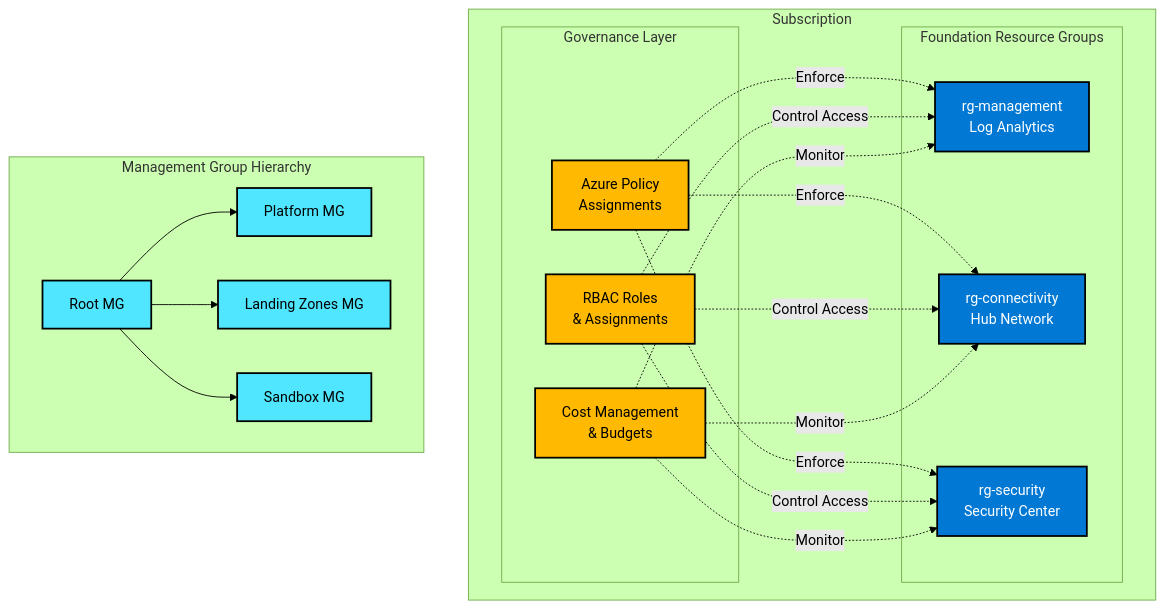
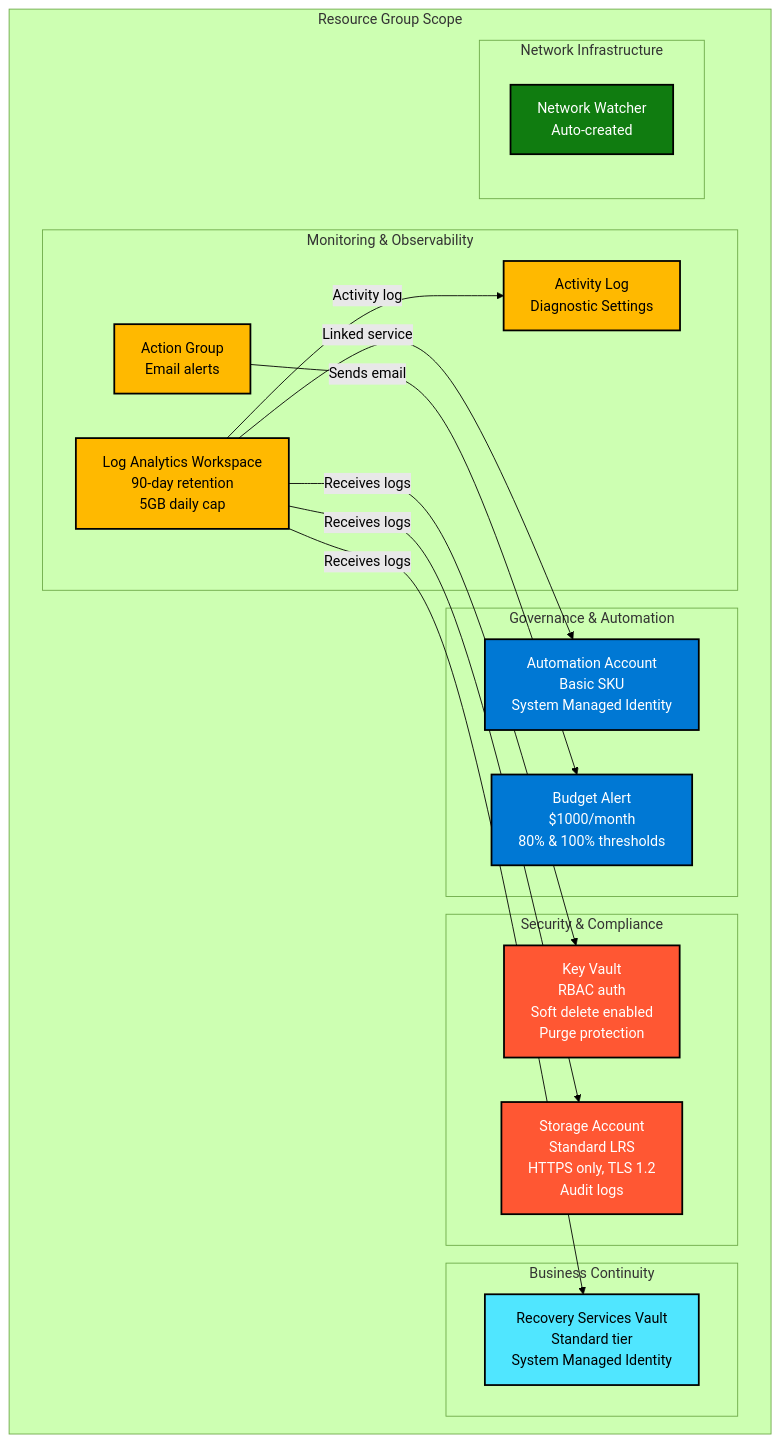
The diagram in patterns/landing-zone-foundation/architecture.mmd (chrisdoofer/Azure-Infra-Demos), drawn with Mermaid (forest theme) before and after one commit. The commit also changed 8 other files, not shown here.

First line of the commit message:
feat: Wave 2 — complete landing-zone-foundation pattern

```diff
--- a/patterns/landing-zone-foundation/architecture.mmd
+++ b/patterns/landing-zone-foundation/architecture.mmd
@@ -1,45 +1,45 @@
 graph TB
-    subgraph "Subscription"
-        subgraph "Governance Layer"
-            POL[Azure Policy<br/>Assignments]
-            RBAC[RBAC Roles<br/>& Assignments]
-            BUDGET[Cost Management<br/>& Budgets]
+    subgraph "Resource Group Scope"
+        subgraph "Monitoring & Observability"
+            LAW[Log Analytics Workspace<br/>90-day retention<br/>5GB daily cap]
+            AI[Action Group<br/>Email alerts]
+            DIAG[Activity Log<br/>Diagnostic Settings]
         end
         
-        subgraph "Foundation Resource Groups"
-            RG_MGMT[rg-management<br/>Log Analytics]
-            RG_CONN[rg-connectivity<br/>Hub Network]
-            RG_SEC[rg-security<br/>Security Center]
+        subgraph "Governance & Automation"
+            AA[Automation Account<br/>Basic SKU<br/>System Managed Identity]
+            BUDGET[Budget Alert<br/>$1000/month<br/>80% & 100% thresholds]
+        end
+        
+        subgraph "Security & Compliance"
+            KV[Key Vault<br/>RBAC auth<br/>Soft delete enabled<br/>Purge protection]
+            ST[Storage Account<br/>Standard LRS<br/>HTTPS only, TLS 1.2<br/>Audit logs]
+        end
+        
+        subgraph "Business Continuity"
+            RSV[Recovery Services Vault<br/>Standard tier<br/>System Managed Identity]
+        end
+        
+        subgraph "Network Infrastructure"
+            NW[Network Watcher<br/>Auto-created]
         end
     end
     
-    subgraph "Management Group Hierarchy"
-        ROOT[Root MG]
-        PLATFORM[Platform MG]
-        LZ[Landing Zones MG]
-        SANDBOX[Sandbox MG]
-        
-        ROOT --> PLATFORM
-        ROOT --> LZ
-        ROOT --> SANDBOX
-    end
+    LAW -->|Linked service| AA
+    LAW -->|Receives logs| KV
+    LAW -->|Receives logs| ST
+    LAW -->|Receives logs| RSV
+    LAW -->|Activity log| DIAG
+    AI -->|Sends email| BUDGET
     
-    POL -.->|Enforce| RG_MGMT
-    POL -.->|Enforce| RG_CONN
-    POL -.->|Enforce| RG_SEC
+    classDef monitoring fill:#FFB900,stroke:#000,stroke-width:2px,color:#000
+    classDef security fill:#FF5733,stroke:#000,stroke-width:2px,color:#fff
+    classDef governance fill:#0078D4,stroke:#000,stroke-width:2px,color:#fff
+    classDef backup fill:#50E6FF,stroke:#000,stroke-width:2px,color:#000
+    classDef network fill:#107C10,stroke:#000,stroke-width:2px,color:#fff
     
-    RBAC -.->|Control Access| RG_MGMT
-    RBAC -.->|Control Access| RG_CONN
-    RBAC -.->|Control Access| RG_SEC
-    
-    BUDGET -.->|Monitor| RG_MGMT
-    BUDGET -.->|Monitor| RG_CONN
-    BUDGET -.->|Monitor| RG_SEC
-    
-    classDef governance fill:#FFB900,stroke:#000,stroke-width:2px,color:#000
-    classDef rg fill:#0078D4,stroke:#000,stroke-width:2px,color:#fff
-    classDef mg fill:#50E6FF,stroke:#000,stroke-width:2px,color:#000
-    
-    class POL,RBAC,BUDGET governance
-    class RG_MGMT,RG_CONN,RG_SEC rg
-    class ROOT,PLATFORM,LZ,SANDBOX mg
+    class LAW,AI,DIAG monitoring
+    class KV,ST security
+    class AA,BUDGET governance
+    class RSV backup
+    class NW network
```
